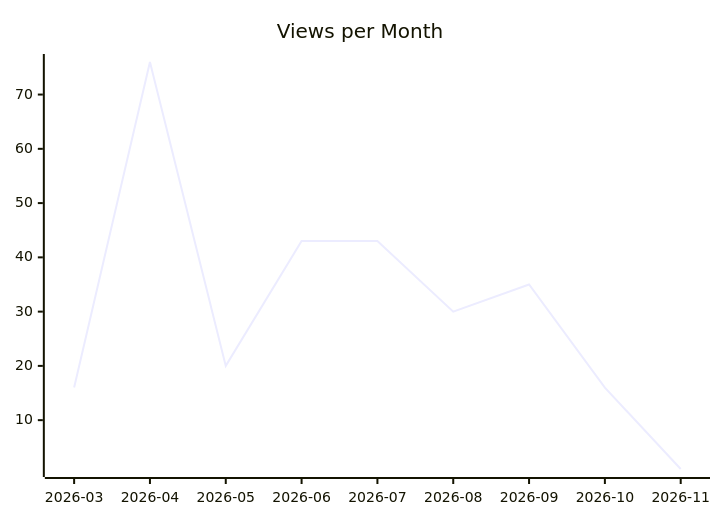
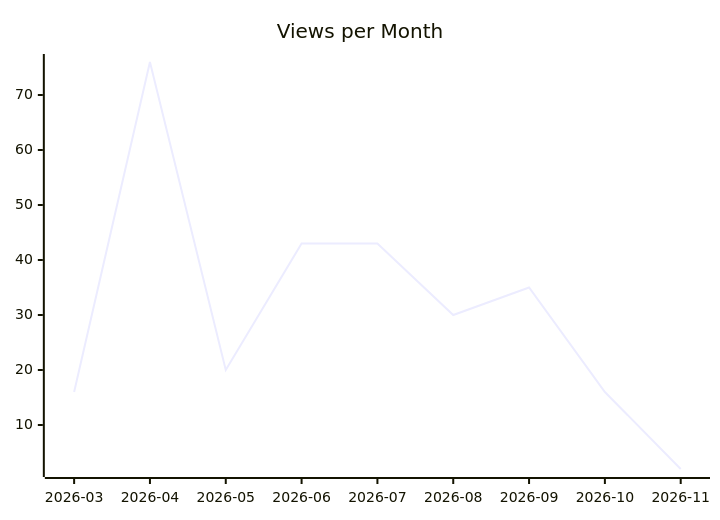
Before and after one commit to justdavis-family/github-analytics-data: the second of 3 diagrams in karlmdavis/ksoap2-android/README.md, drawn with Mermaid. The commit also changed other lines of this file and 193 other files, not shown here.

````diff
--- a/karlmdavis/ksoap2-android/README.md
+++ b/karlmdavis/ksoap2-android/README.md
@@ -12,6 +12,6 @@
 ```mermaid
 xychart-beta
   title "Views per Month"
   x-axis ["2026-03", "2026-04", "2026-05", "2026-06", "2026-07", "2026-08", "2026-09", "2026-10", "2026-11"]
-  line [16, 76, 20, 43, 43, 30, 35, 16, 1]
+  line [16, 76, 20, 43, 43, 30, 35, 16, 2]
 ```
````
